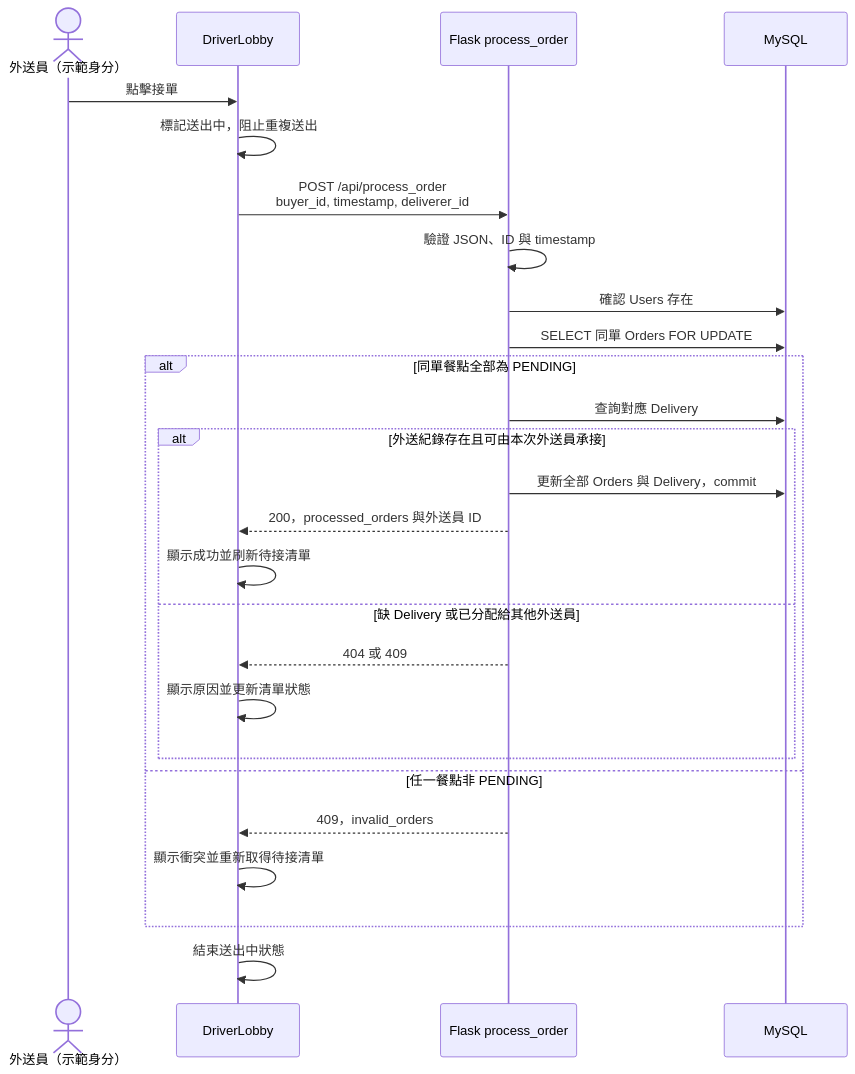
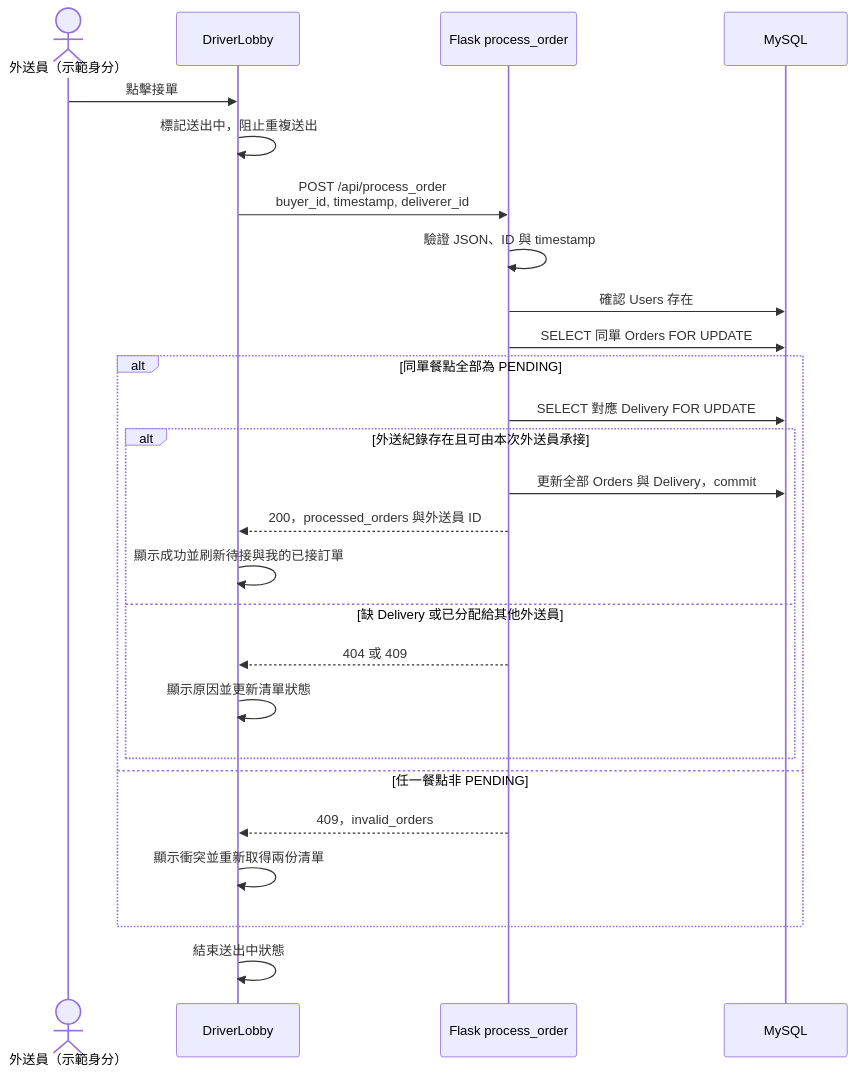
Before and after one commit to ChangChangHung/NTOU_DeliverySystem: the second of 3 diagrams in docs/acceptance-handoff.md, drawn with Mermaid. The commit also changed other lines of this file and 97 other files, not shown here.

````diff
--- a/docs/acceptance-handoff.md
+++ b/docs/acceptance-handoff.md
@@ -115,28 +121,28 @@
 ```mermaid
 sequenceDiagram
     actor Driver as 外送員（示範身分）
     participant UI as DriverLobby
     participant API as Flask process_order
     participant DB as MySQL
     Driver->>UI: 點擊接單
     UI->>UI: 標記送出中，阻止重複送出
     UI->>API: POST /api/process_order<br/>buyer_id, timestamp, deliverer_id
     API->>API: 驗證 JSON、ID 與 timestamp
     API->>DB: 確認 Users 存在
     API->>DB: SELECT 同單 Orders FOR UPDATE
     alt 同單餐點全部為 PENDING
-        API->>DB: 查詢對應 Delivery
+        API->>DB: SELECT 對應 Delivery FOR UPDATE
         alt 外送紀錄存在且可由本次外送員承接
             API->>DB: 更新全部 Orders 與 Delivery，commit
             API-->>UI: 200，processed_orders 與外送員 ID
-            UI->>UI: 顯示成功並刷新待接清單
+            UI->>UI: 顯示成功並刷新待接與我的已接訂單
         else 缺 Delivery 或已分配給其他外送員
             API-->>UI: 404 或 409
             UI->>UI: 顯示原因並更新清單狀態
         end
     else 任一餐點非 PENDING
         API-->>UI: 409，invalid_orders
-        UI->>UI: 顯示衝突並重新取得待接清單
+        UI->>UI: 顯示衝突並重新取得兩份清單
     end
     UI->>UI: 結束送出中狀態
 ```
````
